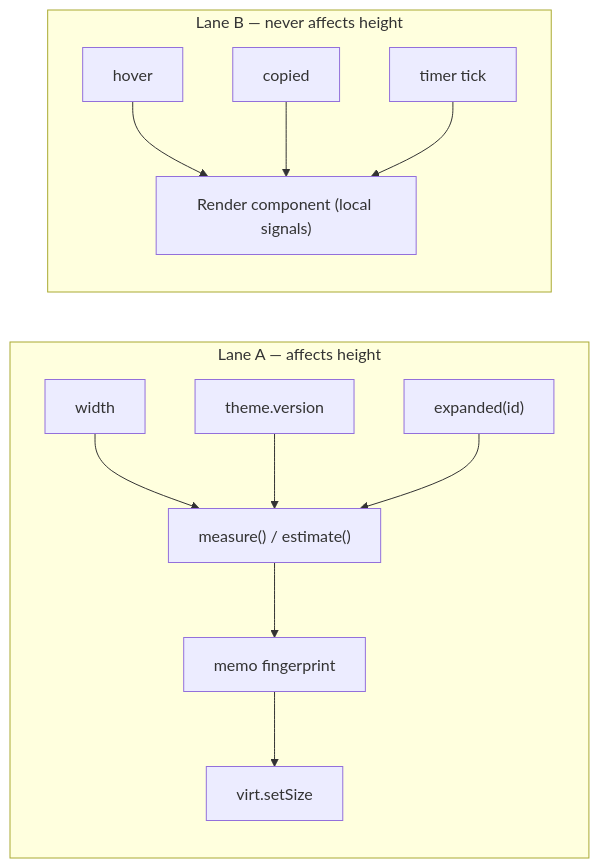
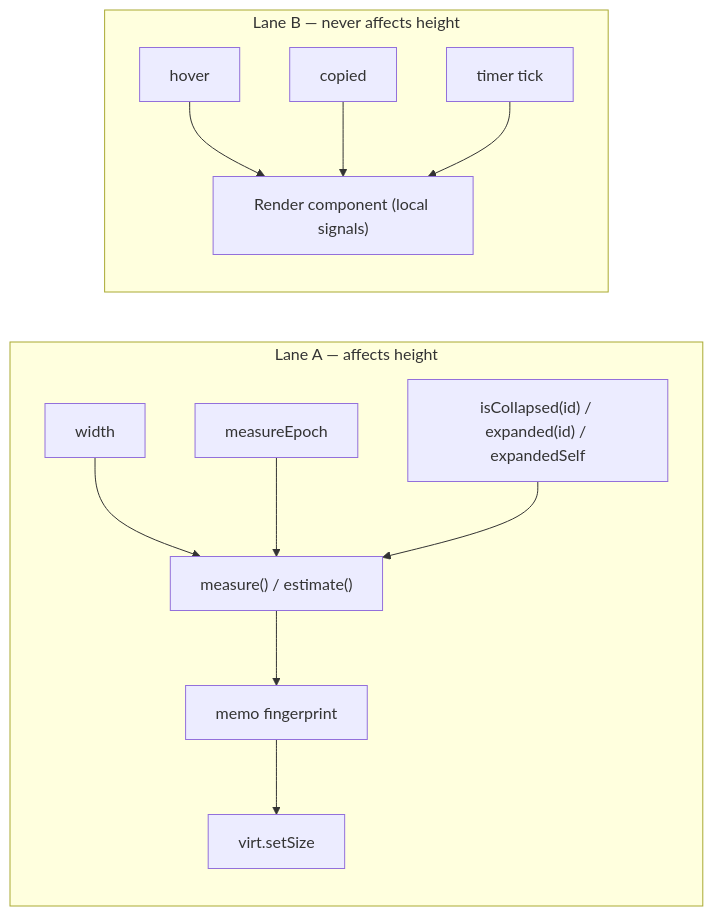
The second of 4 diagrams in packages/chat-ui/ARCHITECTURE.md (generalaction/emdash), drawn with Mermaid before and after one commit. The commit also changed other lines of this file, not shown here.

First line of the commit message:
docs(chat-ui): rewrite ARCHITECTURE.md against the current design

````diff
--- a/packages/chat-ui/ARCHITECTURE.md
+++ b/packages/chat-ui/ARCHITECTURE.md
@@ -165,16 +172,16 @@
 ```mermaid
 flowchart LR
   subgraph LaneA["Lane A — affects height"]
     W[width] --> Measure
-    TV[theme.version] --> Measure
-    EX["expanded(id)"] --> Measure
+    ME[measureEpoch] --> Measure
+    EX["isCollapsed(id) / expanded(id) / expandedSelf"] --> Measure
     Measure["measure() / estimate()"] --> Fingerprint["memo fingerprint"]
     Fingerprint --> Virt["virt.setSize"]
   end
   subgraph LaneB["Lane B — never affects height"]
     Hover[hover] --> Render
     Copied[copied] --> Render
     Tick[timer tick] --> Render
     Render["Render component (local signals)"]
   end
 ```
````
